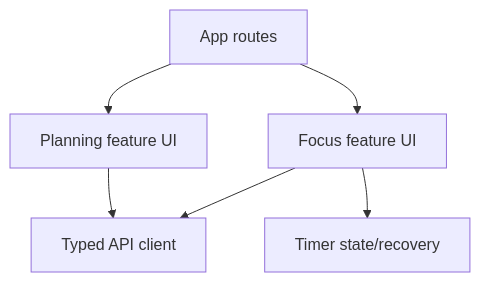
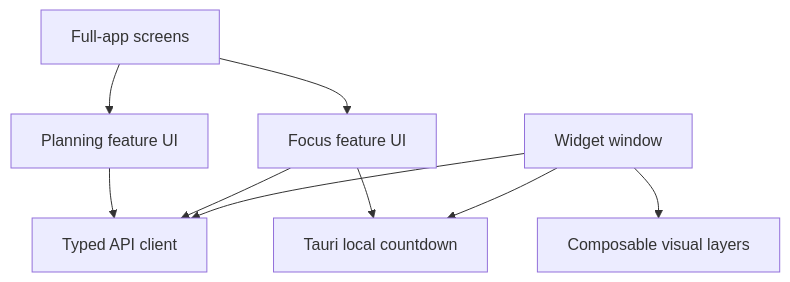
One commit to Plaminh/Blooming changed the second of 5 diagrams in docs/06-architecture/container-component.md. Above: the diagram before and after it, drawn with Mermaid. The commit also changed other lines of this file and 30 other files, not shown here.

````diff
--- a/docs/06-architecture/container-component.md
+++ b/docs/06-architecture/container-component.md
@@ -24,8 +24,11 @@
 ```mermaid
 flowchart TD
-    Routes["App routes"] --> PlanningUI["Planning feature UI"]
+    Routes["Full-app screens"] --> PlanningUI["Planning feature UI"]
     Routes --> FocusUI["Focus feature UI"]
+    Widget["Widget window"] --> Layers["Composable visual layers"]
     PlanningUI --> APIClient["Typed API client"]
     FocusUI --> APIClient
-    FocusUI --> TimerState["Timer state/recovery"]
+    Widget --> APIClient
+    FocusUI --> TimerState["Tauri local countdown"]
+    Widget --> TimerState
 ```
````
